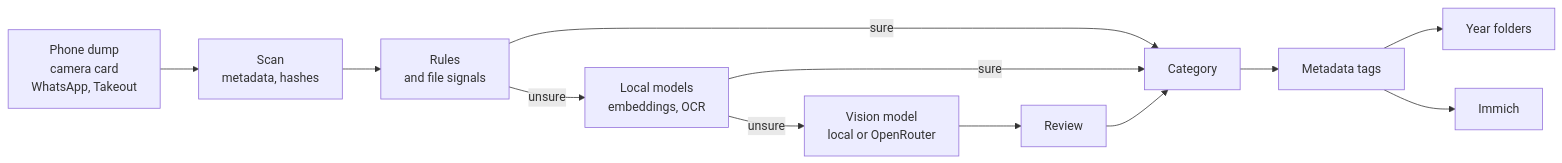
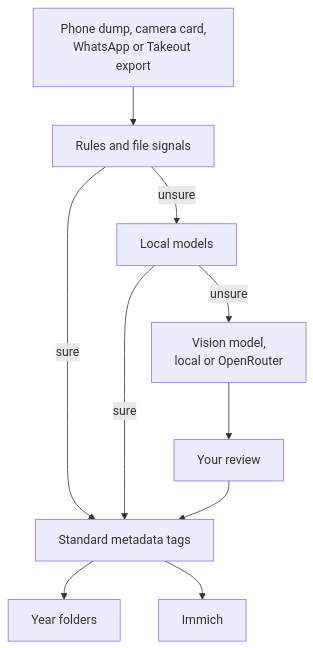
The diagram in README.md (mrghxst/roll), drawn with Mermaid before and after one commit.

Commit message:
README: a sorting diagram that stays readable

````diff
--- a/README.md
+++ b/README.md
@@ -77,14 +77,12 @@
 ```mermaid
-flowchart LR
-  A[Phone dump<br/>camera card<br/>WhatsApp, Takeout] --> B[Scan<br/>metadata, hashes]
-  B --> C[Rules<br/>and file signals]
-  C -->|sure| R[Category]
-  C -->|unsure| D[Local models<br/>embeddings, OCR]
-  D -->|sure| R
-  D -->|unsure| E[Vision model<br/>local or OpenRouter]
-  E --> V[Review]
-  V --> R
-  R --> T[Metadata tags]
+flowchart TD
+  A[Phone dump, camera card,<br/>WhatsApp or Takeout export] --> B[Rules and file signals]
+  B -->|unsure| C[Local models]
+  C -->|unsure| D[Vision model,<br/>local or OpenRouter]
+  D --> E[Your review]
+  B -->|sure| T[Standard metadata tags]
+  C -->|sure| T
+  E --> T
   T --> F[Year folders]
   T --> I[Immich]
 ```
````
